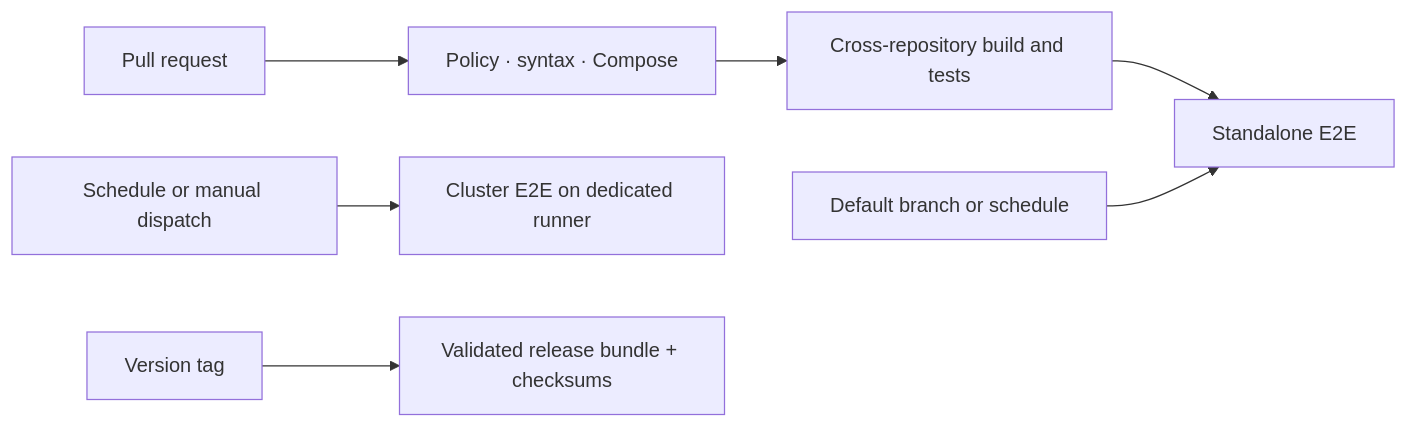
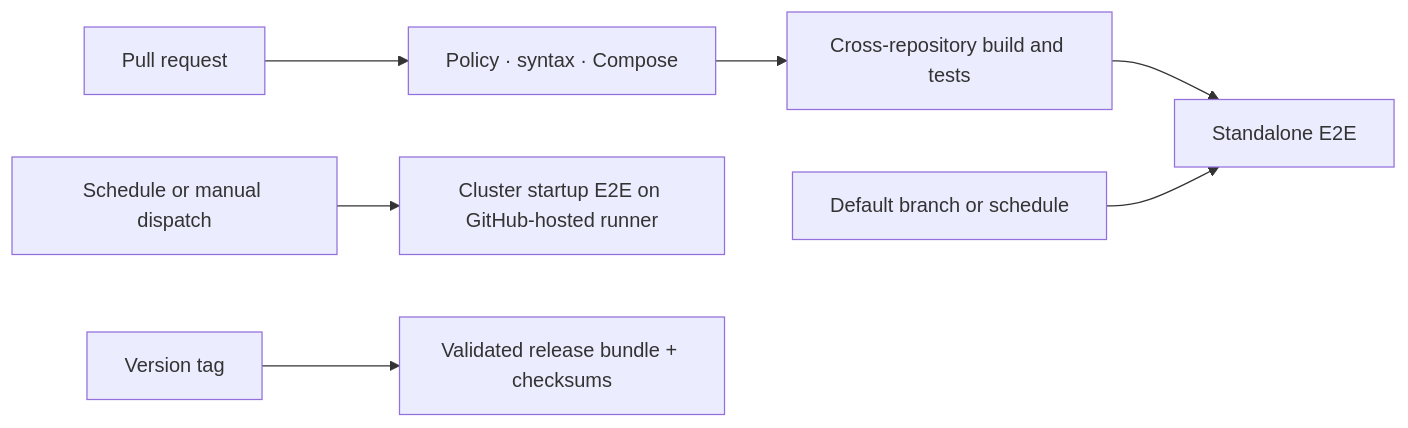
The diagram in README.md (open-rec/openrec), drawn with Mermaid before and after one commit. The commit also changed other lines of this file and 3 other files, not shown here.

````diff
--- a/README.md
+++ b/README.md
@@ -176,9 +176,9 @@
 ```mermaid
 flowchart LR
     PR[Pull request] --> Quality[Policy · syntax · Compose]
     Quality --> Build[Cross-repository build and tests]
     Build --> Standalone[Standalone E2E]
     Main[Default branch or schedule] --> Standalone
-    Schedule[Schedule or manual dispatch] --> Cluster[Cluster E2E on dedicated runner]
+    Schedule[Schedule or manual dispatch] --> Cluster[Cluster startup E2E on GitHub-hosted runner]
     Tag[Version tag] --> Bundle[Validated release bundle + checksums]
 ```
````
